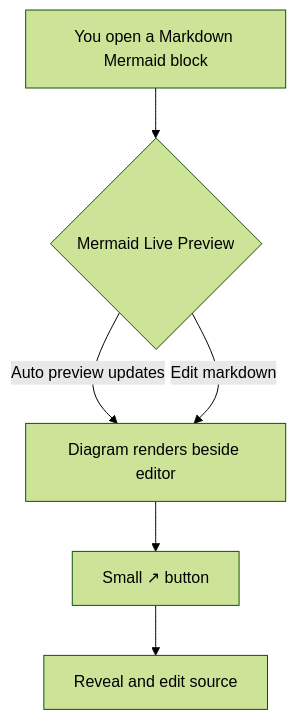
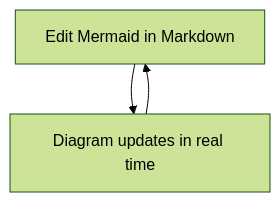
One commit to Scottpedia0/mermaid-live-preview changed the diagram in test-diagram.md. Above: the diagram before and after it, drawn with Mermaid (forest theme). The commit also changed other lines of this file and 6 other files, not shown here.

````diff
--- a/test-diagram.md
+++ b/test-diagram.md
@@ -7,8 +3,5 @@
 ```mermaid
 flowchart TD
-  A[You open a Markdown Mermaid block] --> B{Mermaid Live Preview}
-  B -->|Auto preview updates| C[Diagram renders beside editor]
-  C --> D[Small ↗ button]
-  D --> E[Reveal and edit source]
-  B -->|Edit markdown| C
+  A[Edit Mermaid in Markdown] --> B[Diagram updates in real time]
+  B --> A
 ```
````
